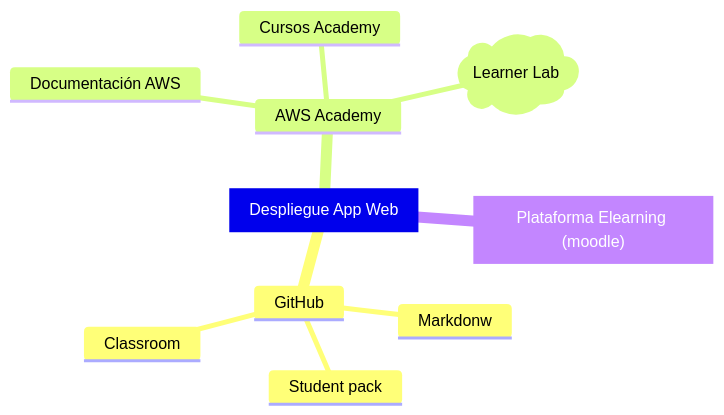
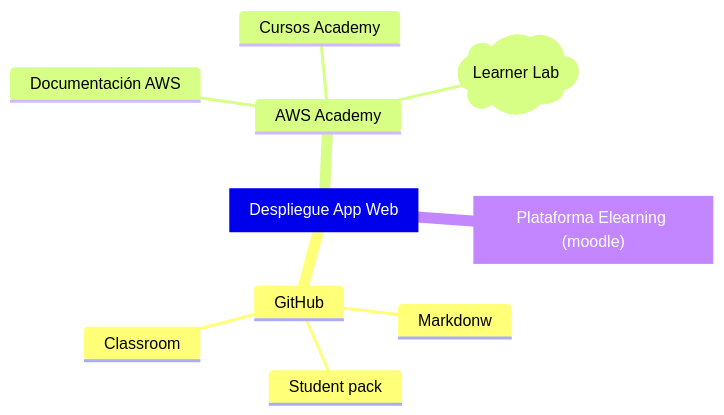
One commit to lmorillas/como-uso-learner-labs changed the first of 2 diagrams in content/home/mapas.md. Above: the diagram before and after it, drawn with Mermaid.

````diff
--- a/content/home/mapas.md
+++ b/content/home/mapas.md
@@ -14,24 +14,21 @@
 ```mermaid
 mindmap
   root[Despliegue App Web]
-  
-    GitHub
-    ::icon(fab fa-git)
-      Markdonw
-      ::icon(fa-brands fa-markdown)
-      Student pack
-      ::icon(fa fa-book)
-      Classroom
-      ::icon(fab fa-github)
-        
-    AWS Academy
-    ::icon(fab fa-aws)
-      Documentación AWS
-      Cursos Academy
-      Learner Lab)Learner Lab(
-      ::icon(fa fa-circle-right)
-      
-    id3["Plataforma Elearning (moodle)"]
-    ::icon(fa fa-graduation-cap)
+      GitHub
+      ::icon(fab fa-git)
+        Markdonw
+        ::icon(fa-brands fa-markdown)
+        Student pack
+        ::icon(fa fa-book)
+        Classroom
+        ::icon(fab fa-github)
+      AWS Academy
+      ::icon(fab fa-aws)
+        Documentación AWS
+        Cursos Academy
+        Learner Lab)Learner Lab(
+        ::icon(fa fa-circle-right)
+      id3["Plataforma Elearning (moodle)"]
+      ::icon(fa fa-graduation-cap)
 
 ```
````
